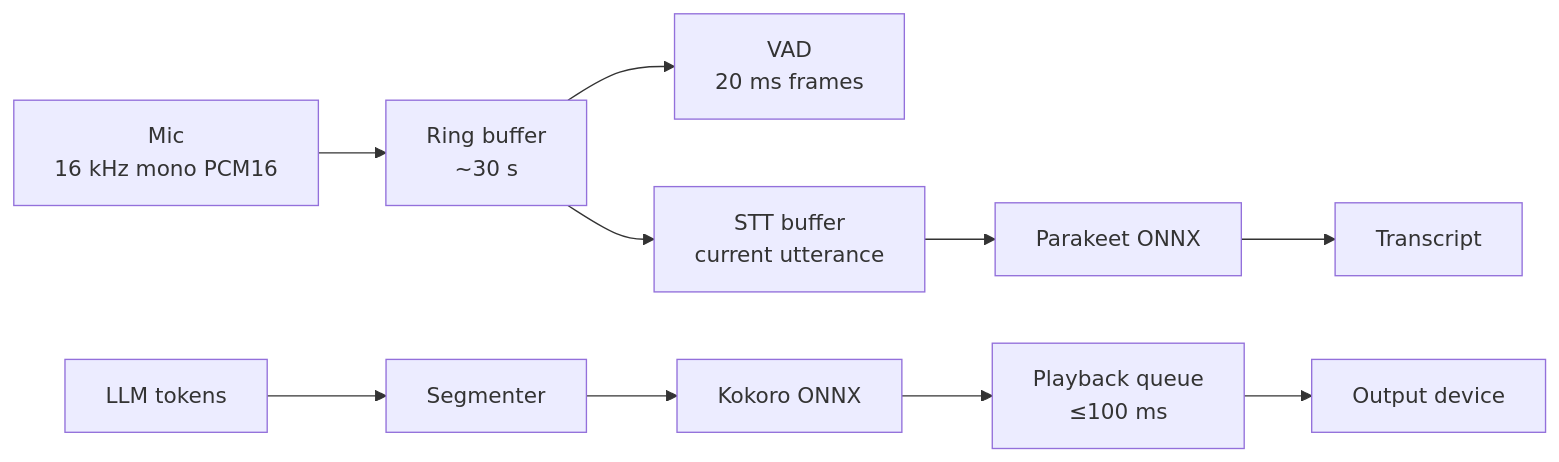
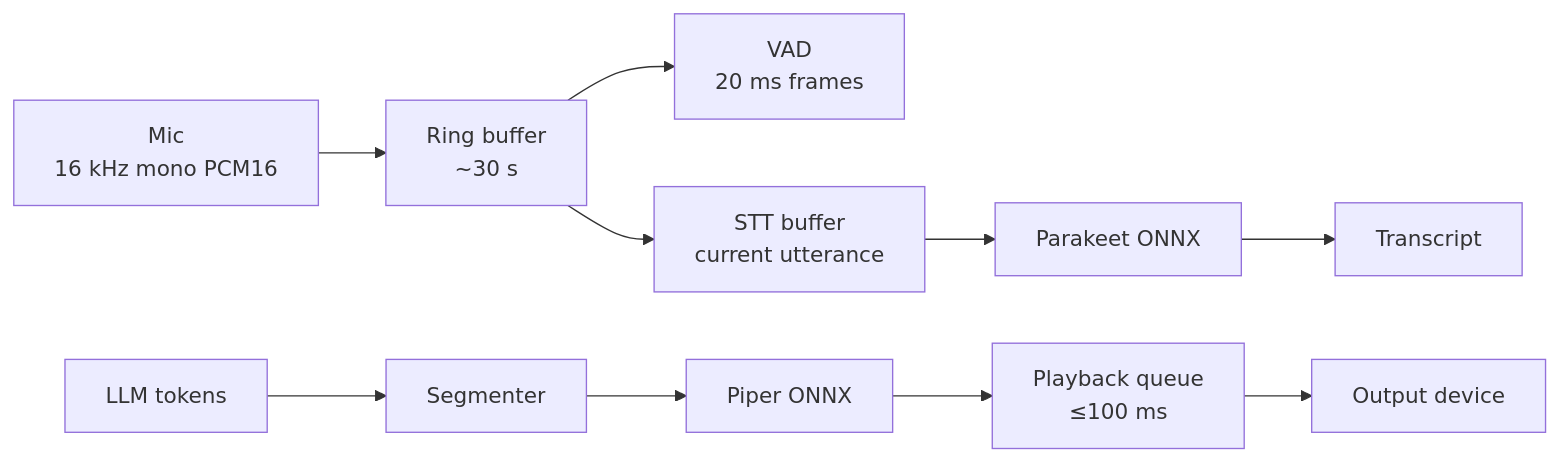
One commit to fahamin5149/contra-debate-agent changed the fourth of 6 diagrams in docs/02-architecture/04-data-flow-and-state.md. Above: the diagram before and after it, drawn with Mermaid. The commit also changed 28 other files, not shown here.

Commit message:
docs(architecture): select piper after bm03

````diff
--- a/docs/02-architecture/04-data-flow-and-state.md
+++ b/docs/02-architecture/04-data-flow-and-state.md
@@ -201,13 +201,13 @@
 ```mermaid
 graph LR
     M[Mic<br/>16 kHz mono PCM16] --> R[Ring buffer<br/>~30 s]
     R --> V[VAD<br/>20 ms frames]
     R --> S[STT buffer<br/>current utterance]
     S --> P[Parakeet ONNX]
     P --> T[Transcript]
 
     L[LLM tokens] --> SG[Segmenter]
-    SG --> K[Kokoro ONNX]
+    SG --> K[Piper ONNX]
     K --> Q[Playback queue<br/>≤100 ms]
     Q --> O[Output device]
 ```
````
